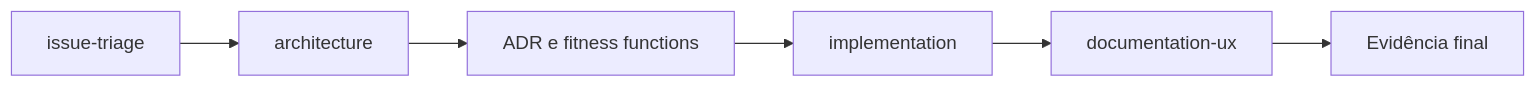
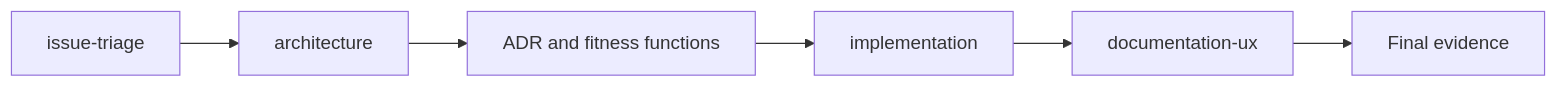
Before and after one commit to placerda/agentic-engineering: the second of 3 diagrams in docs/routing.md, drawn with Mermaid. The commit also changed other lines of this file and 36 other files, not shown here.

````diff
--- a/docs/routing.md
+++ b/docs/routing.md
@@ -47,8 +47,8 @@
 ```mermaid
 flowchart LR
   Triage[issue-triage] --> Architecture[architecture]
-  Architecture --> ADR[ADR e fitness functions]
+  Architecture --> ADR[ADR and fitness functions]
   ADR --> Implementation[implementation]
   Implementation --> Docs[documentation-ux]
-  Docs --> Evidence[Evidência final]
+  Docs --> Evidence[Final evidence]
 ```
````
